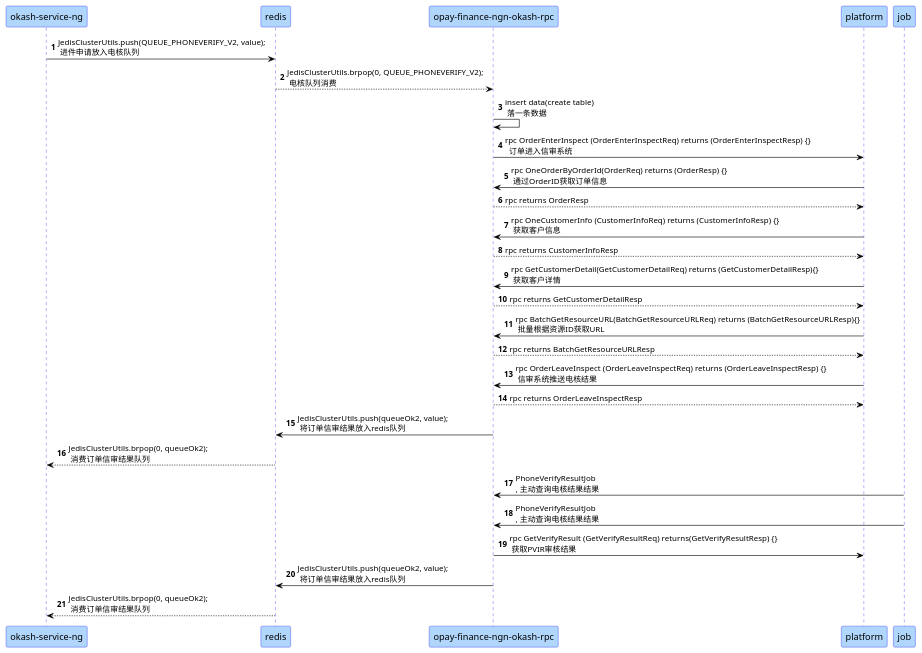
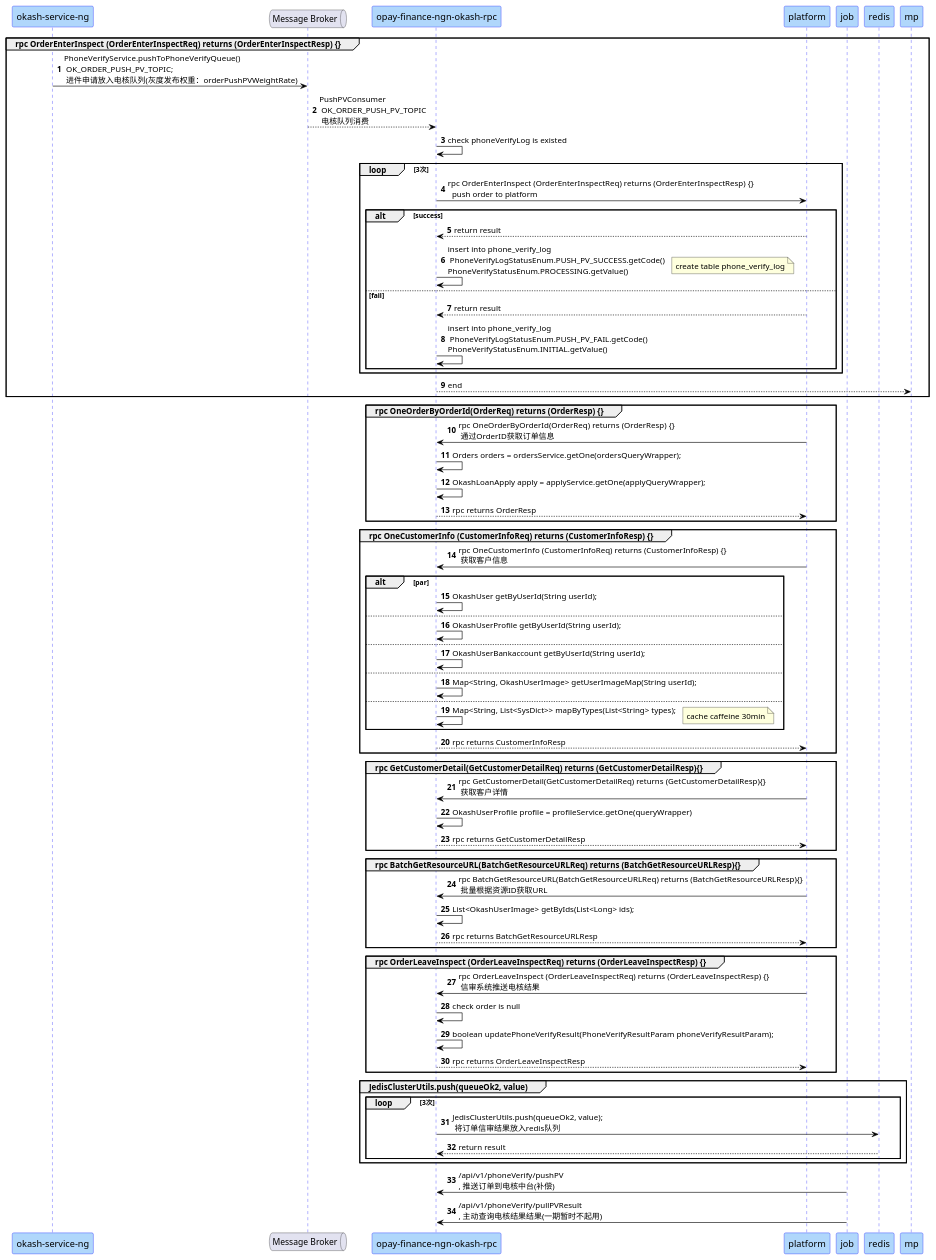
The diagram in PhoneVerifyUML.puml (cuixiaoxult/demo), drawn with PlantUML before and after one commit. The commit also changed 17 other files, not shown here.

```diff
--- a/PhoneVerifyUML.puml
+++ b/PhoneVerifyUML.puml
@@ -1,63 +1,105 @@
 @startuml
 skinparam sequence {
   ArrowColor black
   LifeLineBorderColor blue
   LifeLineBackgroundColor #B0D7FB
   NoteBorderColor blue
   ParticipantBorderColor blue
   ParticipantBackgroundColor #B0D7FB
   ParticipantFontSize   15
   ActorBorderColor blue
   ActorBackgroundColor #B0D7FB
   ActorFontSize 12
 }
 
 autonumber
 
 ' queue Databus
 ' box ACQUIRING
 
 participant "okash-service-ng" as service
-participant "redis" as  redis
+queue "Message Broker" as mq
 participant "opay-finance-ngn-okash-rpc" as  rpc
 participant "platform" as  platform
 participant "job" as job
+participant "redis" as  redis
 
 
+group rpc OrderEnterInspect (OrderEnterInspectReq) returns (OrderEnterInspectResp) {}
+    service->mq: PhoneVerifyService.pushToPhoneVerifyQueue()\n OK_ORDER_PUSH_PV_TOPIC;\n 进件申请放入电核队列(灰度发布权重：orderPushPVWeightRate)
+    mq-->rpc: PushPVConsumer \n OK_ORDER_PUSH_PV_TOPIC\n 电核队列消费
+    rpc->rpc: check phoneVerifyLog is existed
+    loop 3次
+        rpc->platform: rpc OrderEnterInspect (OrderEnterInspectReq) returns (OrderEnterInspectResp) {} \n  push order to platform
+        alt success
+            platform --> rpc: return result
+            rpc->rpc: insert into phone_verify_log \n PhoneVerifyLogStatusEnum.PUSH_PV_SUCCESS.getCode()\nPhoneVerifyStatusEnum.PROCESSING.getValue()
+            note right : create table phone_verify_log
+        else fail
+            platform --> rpc: return result
+            rpc->rpc: insert into phone_verify_log \n PhoneVerifyLogStatusEnum.PUSH_PV_FAIL.getCode()\nPhoneVerifyStatusEnum.INITIAL.getValue()
+        end
+    end
 
-service->redis: JedisClusterUtils.push(QUEUE_PHONEVERIFY_V2, value);\n 进件申请放入电核队列
-redis-->rpc: JedisClusterUtils.brpop(0, QUEUE_PHONEVERIFY_V2);\n 电核队列消费
-rpc->rpc: insert data(create table)  \n 落一条数据
-rpc->platform: rpc OrderEnterInspect (OrderEnterInspectReq) returns (OrderEnterInspectResp) {} \n  订单进入信审系统
-platform->rpc: rpc OneOrderByOrderId(OrderReq) returns (OrderResp) {}\n 通过OrderID获取订单信息
-rpc-->platform: rpc returns OrderResp
-platform->rpc: rpc OneCustomerInfo (CustomerInfoReq) returns (CustomerInfoResp) {}\n 获取客户信息
-rpc-->platform: rpc returns CustomerInfoResp
-platform->rpc: rpc GetCustomerDetail(GetCustomerDetailReq) returns (GetCustomerDetailResp){}\n 获取客户详情
-rpc-->platform: rpc returns GetCustomerDetailResp
-platform->rpc: rpc BatchGetResourceURL(BatchGetResourceURLReq) returns (BatchGetResourceURLResp){}\n 批量根据资源ID获取URL
-rpc-->platform: rpc returns BatchGetResourceURLResp
-platform->rpc: rpc OrderLeaveInspect (OrderLeaveInspectReq) returns (OrderLeaveInspectResp) {}\n 信审系统推送电核结果
-rpc-->platform: rpc returns OrderLeaveInspectResp
-rpc->redis: JedisClusterUtils.push(queueOk2, value);\n 将订单信审结果放入redis队列
-redis-->service: JedisClusterUtils.brpop(0, queueOk2);\n 消费订单信审结果队列
+    rpc-->mp: end
+end
 
+group rpc OneOrderByOrderId(OrderReq) returns (OrderResp) {}
+    platform->rpc: rpc OneOrderByOrderId(OrderReq) returns (OrderResp) {}\n 通过OrderID获取订单信息
+    rpc->rpc: Orders orders = ordersService.getOne(ordersQueryWrapper);
+    rpc->rpc: OkashLoanApply apply = applyService.getOne(applyQueryWrapper);
+    rpc-->platform: rpc returns OrderResp
+end
 
-job->rpc: PhoneVerifyResultJob \n, 主动查询电核结果结果
-job->rpc: PhoneVerifyResultJob \n, 主动查询电核结果结果
-rpc->platform: rpc GetVerifyResult (GetVerifyResultReq) returns(GetVerifyResultResp) {}\n 获取PVIR审核结果
-rpc->redis: JedisClusterUtils.push(queueOk2, value);\n 将订单信审结果放入redis队列
-redis-->service: JedisClusterUtils.brpop(0, queueOk2);\n 消费订单信审结果队列
-'rpc->platform: rpc FinishInspect (FinishInspectReq) returns (FinishInspectResp) {}\n 业务主动终结电核工单
+group rpc OneCustomerInfo (CustomerInfoReq) returns (CustomerInfoResp) {}
+    platform->rpc: rpc OneCustomerInfo (CustomerInfoReq) returns (CustomerInfoResp) {}\n 获取客户信息
+    alt par
+        rpc->rpc: OkashUser getByUserId(String userId);
+    else
+        rpc->rpc: OkashUserProfile getByUserId(String userId);
+    else
+        rpc->rpc: OkashUserBankaccount getByUserId(String userId);
+    else
+        rpc->rpc: Map<String, OkashUserImage> getUserImageMap(String userId);
+    else
+        rpc->rpc: Map<String, List<SysDict>> mapByTypes(List<String> types);
+        note right :cache caffeine 30min
+    end
+    rpc-->platform: rpc returns CustomerInfoResp
+end
+group rpc GetCustomerDetail(GetCustomerDetailReq) returns (GetCustomerDetailResp){}
+    platform->rpc: rpc GetCustomerDetail(GetCustomerDetailReq) returns (GetCustomerDetailResp){}\n 获取客户详情
+    rpc->rpc: OkashUserProfile profile = profileService.getOne(queryWrapper)
+    rpc-->platform: rpc returns GetCustomerDetailResp
+end
+group rpc BatchGetResourceURL(BatchGetResourceURLReq) returns (BatchGetResourceURLResp){}
+    platform->rpc: rpc BatchGetResourceURL(BatchGetResourceURLReq) returns (BatchGetResourceURLResp){}\n 批量根据资源ID获取URL
+    rpc->rpc: List<OkashUserImage> getByIds(List<Long> ids);
+    rpc-->platform: rpc returns BatchGetResourceURLResp
+end
+group rpc OrderLeaveInspect (OrderLeaveInspectReq) returns (OrderLeaveInspectResp) {}
+    platform->rpc: rpc OrderLeaveInspect (OrderLeaveInspectReq) returns (OrderLeaveInspectResp) {}\n 信审系统推送电核结果
+    rpc->rpc: check order is null
+    rpc->rpc: boolean updatePhoneVerifyResult(PhoneVerifyResultParam phoneVerifyResultParam);
+    rpc-->platform: rpc returns OrderLeaveInspectResp
+end
+group JedisClusterUtils.push(queueOk2, value)
+    loop 3次
+        rpc->redis: JedisClusterUtils.push(queueOk2, value);\n 将订单信审结果放入redis队列
+        redis-->rpc: return result
+    end
+end
 
+job->rpc: /api/v1/phoneVerify/pushPV \n, 推送订单到电核中台(补偿)
+job->rpc: /api/v1/phoneVerify/pullPVResult \n, 主动查询电核结果结果(一期暂时不起用)
 
 
 
 
 
 
 
 
 
 
 @enduml
```
